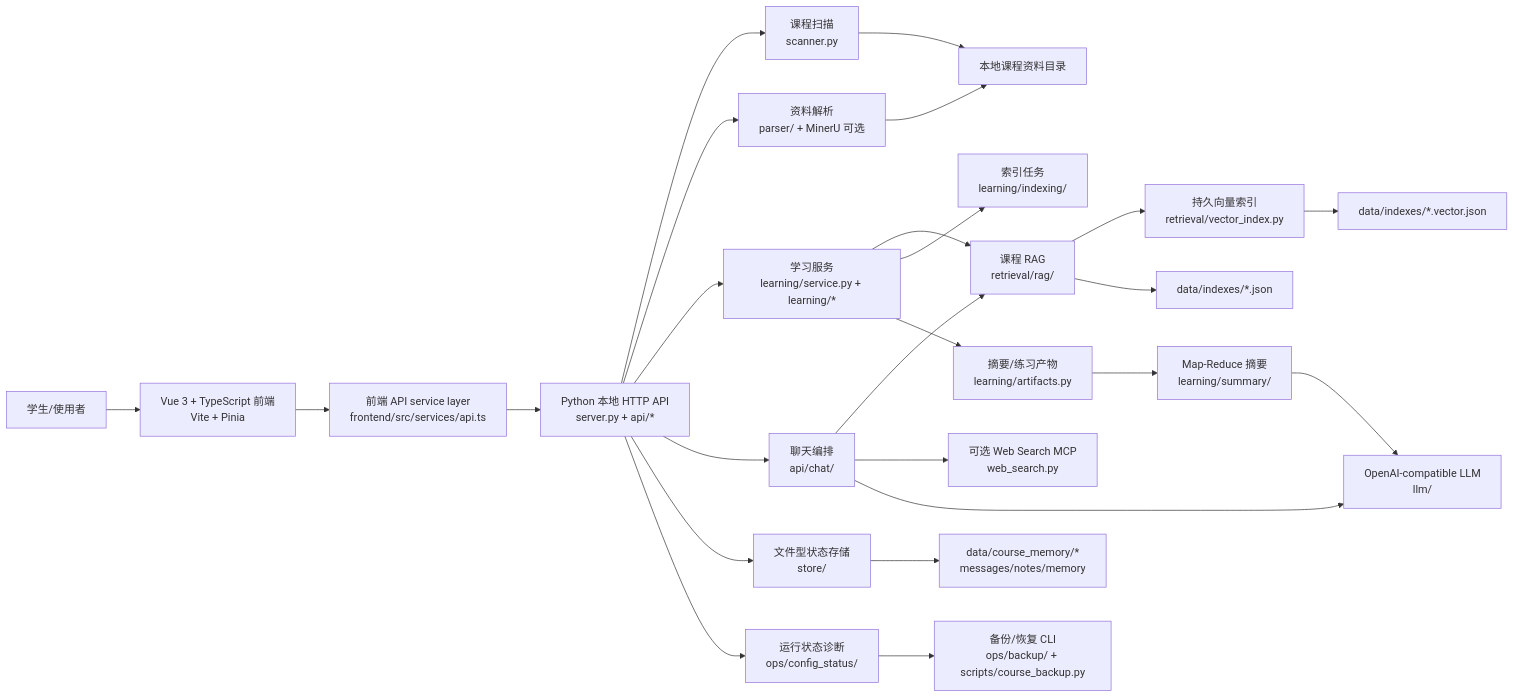
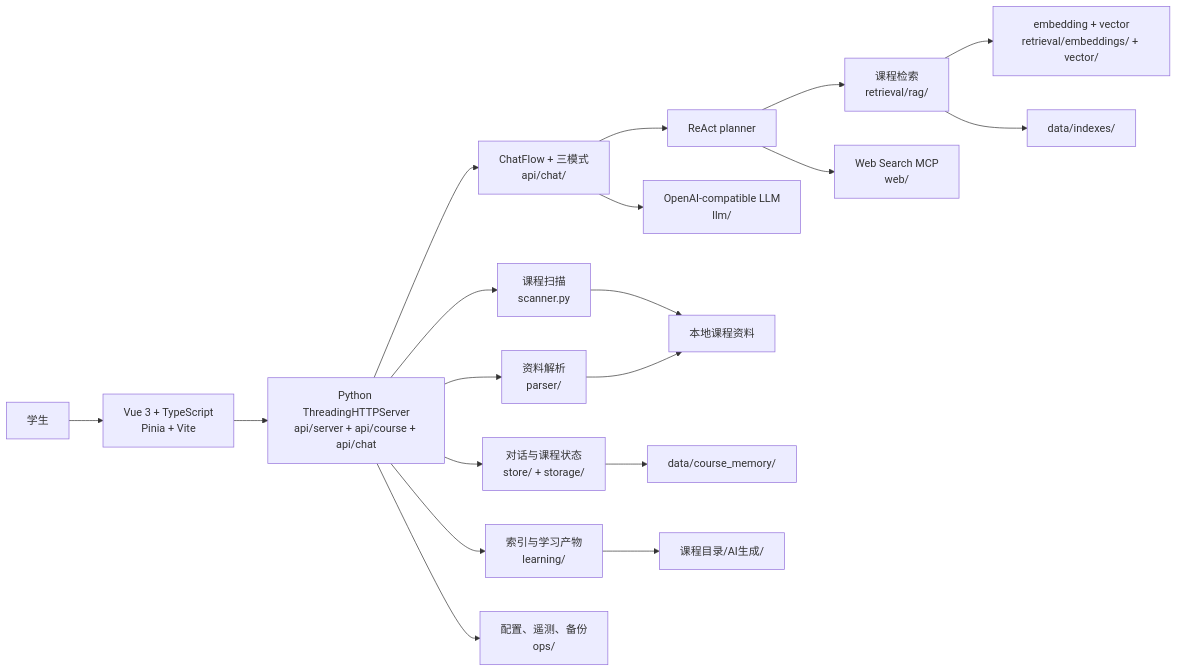
Before and after one commit to LuMH1027/ai-learn-assistant: the first of 5 diagrams in docs/系统设计.md, drawn with Mermaid. The commit also changed other lines of this file and 50 other files, not shown here.

````diff
--- a/docs/系统设计.md
+++ b/docs/系统设计.md
@@ -7,30 +7,24 @@
 ```mermaid
 flowchart LR
-    User["学生/使用者"] --> Browser["Vue 3 + TypeScript 前端<br/>Vite + Pinia"]
-    Browser --> FrontApi["前端 API service layer<br/>frontend/src/services/api.ts"]
-    FrontApi --> API["Python 本地 HTTP API<br/>server.py + api/*"]
+    User["学生"] --> Frontend["Vue 3 + TypeScript<br/>Pinia + Vite"]
+    Frontend --> API["Python ThreadingHTTPServer<br/>api/server + api/course + api/chat"]
 
     API --> Scanner["课程扫描<br/>scanner.py"]
-    API --> Parser["资料解析<br/>parser/ + MinerU 可选"]
-    API --> Learning["学习服务<br/>learning/service.py + learning/*"]
-    API --> Chat["聊天编排<br/>api/chat/"]
-    API --> Store["文件型状态存储<br/>store/"]
-    API --> Ops["运行状态诊断<br/>ops/config_status/"]
+    API --> Parser["资料解析<br/>parser/"]
+    API --> Chat["ChatFlow + 三模式<br/>api/chat/"]
+    API --> Learning["索引与学习产物<br/>learning/"]
+    API --> Store["对话与课程状态<br/>store/ + storage/"]
+    API --> Ops["配置、遥测、备份<br/>ops/"]
 
-    Learning --> RAG["课程 RAG<br/>retrieval/rag/"]
-    Chat --> RAG
-    Chat --> WebSearch["可选 Web Search MCP<br/>web_search.py"]
+    Chat --> Planner["ReAct planner"]
+    Planner --> RAG["课程检索<br/>retrieval/rag/"]
+    Planner --> Web["Web Search MCP<br/>web/"]
     Chat --> LLM["OpenAI-compatible LLM<br/>llm/"]
-    Learning --> Indexing["索引任务<br/>learning/indexing/"]
-    Learning --> Artifacts["摘要/练习产物<br/>learning/artifacts.py"]
-    Artifacts --> Summary["Map-Reduce 摘要<br/>learning/summary/"]
-    Summary --> LLM
-    RAG --> Vector["持久向量索引<br/>retrieval/vector_index.py"]
+    RAG --> Vector["embedding + vector<br/>retrieval/embeddings/ + vector/"]
 
-    Scanner --> CourseFiles["本地课程资料目录"]
+    Scanner --> CourseFiles["本地课程资料"]
     Parser --> CourseFiles
-    Store --> DataFiles["data/course_memory/*<br/>messages/notes/memory"]
-    RAG --> JsonIndex["data/indexes/*.json"]
-    Vector --> VectorIndex["data/indexes/*.vector.json"]
-    Ops --> Backup["备份/恢复 CLI<br/>ops/backup/ + scripts/course_backup.py"]
+    Store --> CourseState["data/course_memory/"]
+    RAG --> Indexes["data/indexes/"]
+    Learning --> Generated["课程目录/AI生成/"]
 ```
````
